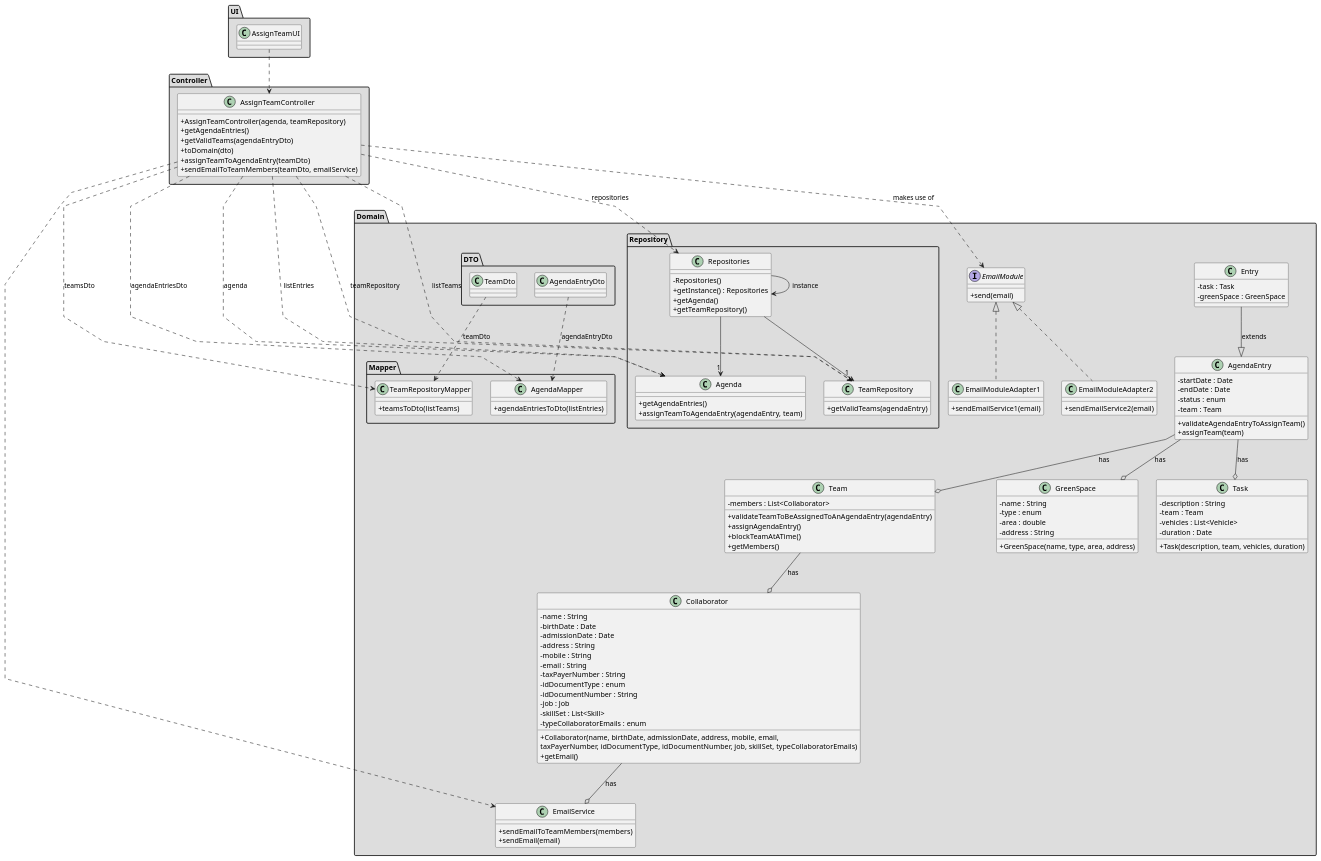
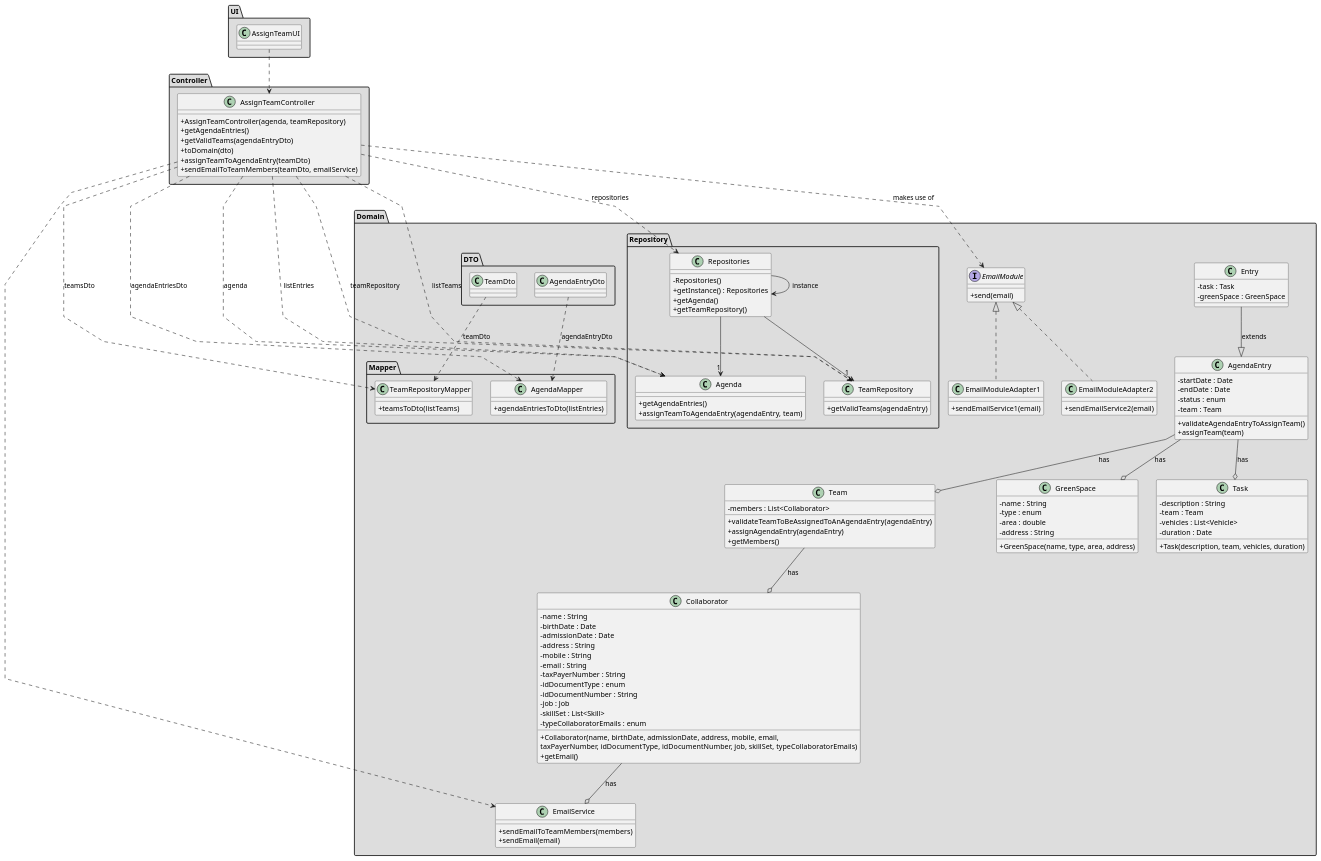
One commit to diogoveirospro/lei-24-s2-1dg-g072 changed the diagram in docs/sprintC/us023/03.design/puml/us023-class-diagram.puml. Above: the diagram before and after it, drawn with PlantUML. The commit also changed 5 other files, not shown here.

```diff
--- a/docs/sprintC/us023/03.design/puml/us023-class-diagram.puml
+++ b/docs/sprintC/us023/03.design/puml/us023-class-diagram.puml
@@ -1,180 +1,179 @@
 @startuml
 'skinparam monochrome true
 skinparam packageStyle folder
 skinparam shadowing false
 skinparam linetype polyline
 'skinparam linetype orto
 
 skinparam classAttributeIconSize 0
 
 'left to right direction
 
 package "UI" #DDDDDD {
 
     class AssignTeamUI {
     }
 }
 
 
 package "Controller" #DDDDDD {
 
     class AssignTeamController {
         + AssignTeamController(agenda, teamRepository)
         + getAgendaEntries()
         + getValidTeams(agendaEntryDto)
         + toDomain(dto)
         + assignTeamToAgendaEntry(teamDto)
         + sendEmailToTeamMembers(teamDto, emailService)
     }
 
 }
 
 package "Domain" #DDDDDD {
 
 package "Repository" #DDDDDD {
 
     class Repositories {
         - Repositories()
         + getInstance() : Repositories
         + getAgenda()
         + getTeamRepository()
 
     }
 
     class Agenda {
         + getAgendaEntries()
         + assignTeamToAgendaEntry(agendaEntry, team)
     }
 
     class TeamRepository {
         + getValidTeams(agendaEntry)
     }
 
 }
 
 package "Mapper" #DDDDDD {
 
     class AgendaMapper {
         + agendaEntriesToDto(listEntries)
     }
 
     class TeamRepositoryMapper {
         + teamsToDto(listTeams)
     }
 }
 
 package "DTO" #DDDDDD {
 
     class AgendaEntryDto {
     }
 
     class TeamDto {
     }
 
 }
 
     class Entry {
         - task : Task
         - greenSpace : GreenSpace
     }
 
     class AgendaEntry {
         - startDate : Date
         - endDate : Date
         - status : enum
         - team : Team
         + validateAgendaEntryToAssignTeam()
         + assignTeam(team)
     }
 
     class Team {
         - members : List<Collaborator>
         + validateTeamToBeAssignedToAnAgendaEntry(agendaEntry)
-        + assignAgendaEntry()
-        + blockTeamAtATime()
+        + assignAgendaEntry(agendaEntry)
         + getMembers()
     }
 
     class Collaborator {
         - name : String
         - birthDate : Date
         - admissionDate : Date
         - address : String
         - mobile : String
         - email : String
         - taxPayerNumber : String
         - idDocumentType : enum
         - idDocumentNumber : String
         - job : Job
         - skillSet : List<Skill>
         - typeCollaboratorEmails : enum
         + Collaborator(name, birthDate, admissionDate, address, mobile, email, \ntaxPayerNumber, idDocumentType, idDocumentNumber, job, skillSet, typeCollaboratorEmails)
         + getEmail()
     }
 
     class EmailService {
         + sendEmailToTeamMembers(members)
         + sendEmail(email)
     }
 
     class GreenSpace {
         - name : String
         - type : enum
         - area : double
         - address : String
         + GreenSpace(name, type, area, address)
     }
 
     class Task {
         - description : String
         - team : Team
         - vehicles : List<Vehicle>
         - duration : Date
         + Task(description, team, vehicles, duration)
     }
 
     interface EmailModule {
         + send(email)
     }
 
     class EmailModuleAdapter1 {
         + sendEmailService1(email)
     }
 
     class EmailModuleAdapter2 {
         + sendEmailService2(email)
     }
 
 }
 
 AssignTeamUI ..> AssignTeamController
 AssignTeamController ..> Repositories : repositories
 Repositories --> Repositories : instance
 AssignTeamController ..> Agenda : agenda
 AssignTeamController ..> TeamRepository : teamRepository
 
 AssignTeamController ..> AgendaMapper : agendaEntriesDto
 AssignTeamController ..> TeamRepositoryMapper : teamsDto
 AssignTeamController ..> Agenda : listEntries
 AssignTeamController ..> TeamRepository : listTeams
 
 Repositories --> "1" Agenda
 Repositories --> "1" TeamRepository
 
 AgendaEntryDto ..> AgendaMapper : agendaEntryDto
 TeamDto ..> TeamRepositoryMapper : teamDto
 
 Entry --|> AgendaEntry : extends
 AgendaEntry --o Team : has
 Team --o Collaborator : has
 AgendaEntry --o Task : has
 AgendaEntry --o GreenSpace : has
 
 Collaborator --o EmailService : has
 AssignTeamController ..> EmailService
 
 EmailModule <|.. EmailModuleAdapter1
 EmailModule <|.. EmailModuleAdapter2
 AssignTeamController ..> EmailModule : makes use of
 
 @enduml
```
